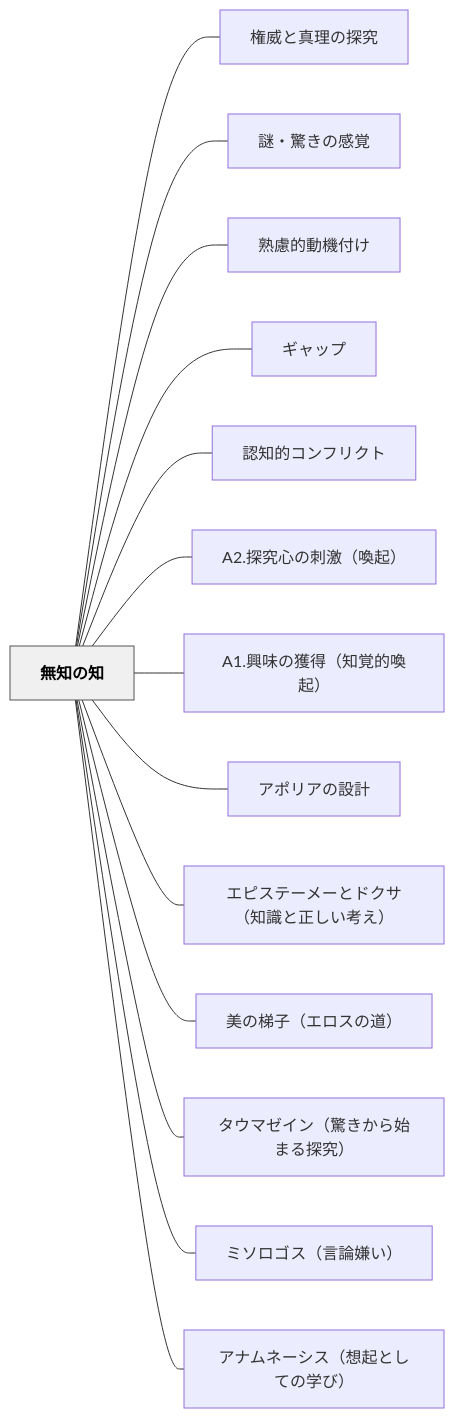
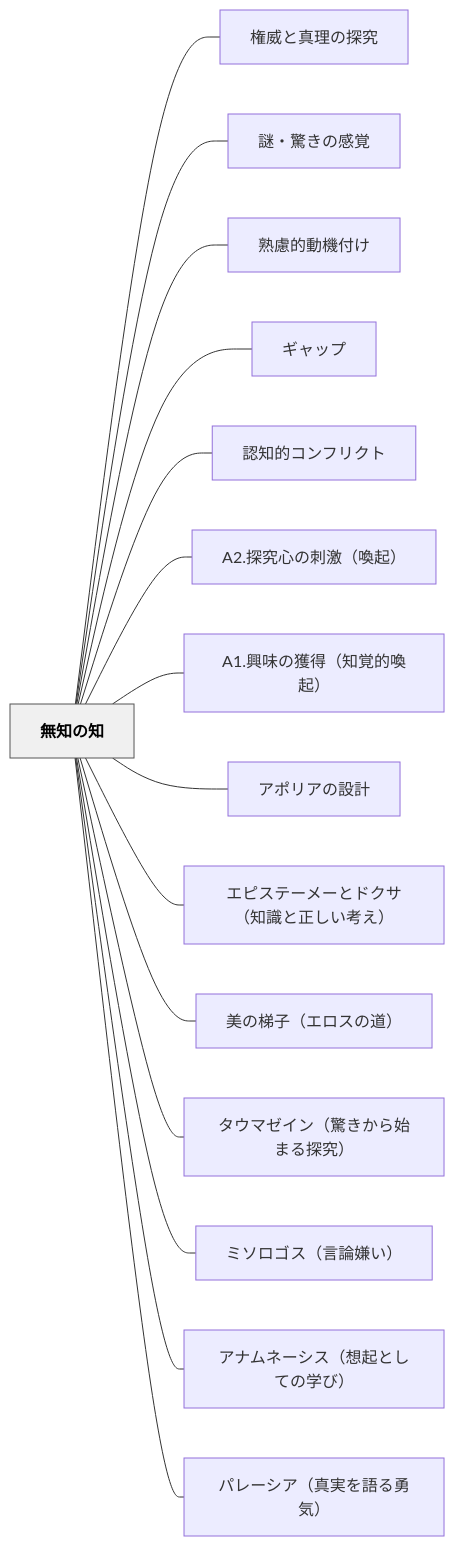
Before and after one commit to unknownthings-ed-patterns/unknownthings-ed-patterns: the diagram in content/パタン/無知の知.md, drawn with Mermaid. The commit also changed other lines of this file and 12 other files, not shown here.

````diff
--- a/content/パタン/無知の知.md
+++ b/content/パタン/無知の知.md
@@ -130,34 +174,36 @@
 ```mermaid
 flowchart LR
     ne784a1e79fa5e381aee79fa5["無知の知"]
     ne6a8a9e5a881e381a8e79c9fe79086e381aee68ea2e7a9b6["権威と真理の探究"]
     ne8ac8ee383bbe9a99ae3818de381aee6849fe8a69a["謎・驚きの感覚"]
     ne7869fe685aee79a84e58b95e6a99fe4bb98e38191["熟慮的動機付け"]
     ne382aee383a3e38383e38397["ギャップ"]
     ne8aa8de79fa5e79a84e382b3e383b3e38395e383aae382afe38388["認知的コンフリクト"]
     n41322ee68ea2e7a9b6e5bf83e381aee588bae6bf80efbc88e5969ae8b5b7efbc89["A2.探究心の刺激（喚起）"]
     n41312ee88888e591b3e381aee78db2e5be97efbc88e79fa5e8a69ae79a84e5969ae8b5b7efbc89["A1.興味の獲得（知覚的喚起）"]
     ne382a2e3839de383aae382a2e381aee8a8ade8a888["アポリアの設計"]
     ne382a8e38394e382b9e38386e383bce383a1e383bce381a8e38389e382afe382b5efbc88e79fa5e8ad98e381a8e6ada3e38197e38184e88083e38188efbc89["エピステーメーとドクサ（知識と正しい考え）"]
     ne7be8ee381aee6a2afe5ad90efbc88e382a8e383ade382b9e381aee98193efbc89["美の梯子（エロスの道）"]
     ne382bfe382a6e3839ee382bce382a4e383b3efbc88e9a99ae3818de3818be38289e5a78be381bee3828be68ea2e7a9b6efbc89["タウマゼイン（驚きから始まる探究）"]
     ne3839fe382bde383ade382b4e382b9efbc88e8a880e8ab96e5ab8ce38184efbc89["ミソロゴス（言論嫌い）"]
     ne382a2e3838ae383a0e3838de383bce382b7e382b9efbc88e683b3e8b5b7e381a8e38197e381a6e381aee5ada6e381b3efbc89["アナムネーシス（想起としての学び）"]
+    ne38391e383ace383bce382b7e382a2efbc88e79c9fe5ae9fe38292e8aa9ee3828be58b87e6b097efbc89["パレーシア（真実を語る勇気）"]
 
     ne784a1e79fa5e381aee79fa5 --- ne6a8a9e5a881e381a8e79c9fe79086e381aee68ea2e7a9b6
     ne784a1e79fa5e381aee79fa5 --- ne8ac8ee383bbe9a99ae3818de381aee6849fe8a69a
     ne784a1e79fa5e381aee79fa5 --- ne7869fe685aee79a84e58b95e6a99fe4bb98e38191
     ne784a1e79fa5e381aee79fa5 --- ne382aee383a3e38383e38397
     ne784a1e79fa5e381aee79fa5 --- ne8aa8de79fa5e79a84e382b3e383b3e38395e383aae382afe38388
     ne784a1e79fa5e381aee79fa5 --- n41322ee68ea2e7a9b6e5bf83e381aee588bae6bf80efbc88e5969ae8b5b7efbc89
     ne784a1e79fa5e381aee79fa5 --- n41312ee88888e591b3e381aee78db2e5be97efbc88e79fa5e8a69ae79a84e5969ae8b5b7efbc89
     ne784a1e79fa5e381aee79fa5 --- ne382a2e3839de383aae382a2e381aee8a8ade8a888
     ne784a1e79fa5e381aee79fa5 --- ne382a8e38394e382b9e38386e383bce383a1e383bce381a8e38389e382afe382b5efbc88e79fa5e8ad98e381a8e6ada3e38197e38184e88083e38188efbc89
     ne784a1e79fa5e381aee79fa5 --- ne7be8ee381aee6a2afe5ad90efbc88e382a8e383ade382b9e381aee98193efbc89
     ne784a1e79fa5e381aee79fa5 --- ne382bfe382a6e3839ee382bce382a4e383b3efbc88e9a99ae3818de3818be38289e5a78be381bee3828be68ea2e7a9b6efbc89
     ne784a1e79fa5e381aee79fa5 --- ne3839fe382bde383ade382b4e382b9efbc88e8a880e8ab96e5ab8ce38184efbc89
     ne784a1e79fa5e381aee79fa5 --- ne382a2e3838ae383a0e3838de383bce382b7e382b9efbc88e683b3e8b5b7e381a8e38197e381a6e381aee5ada6e381b3efbc89
+    ne784a1e79fa5e381aee79fa5 --- ne38391e383ace383bce382b7e382a2efbc88e79c9fe5ae9fe38292e8aa9ee3828be58b87e6b097efbc89
 
     classDef hub fill:#f0f0f0,stroke:#555,color:#000,font-weight:bold
     class ne784a1e79fa5e381aee79fa5 hub
 ```
````
